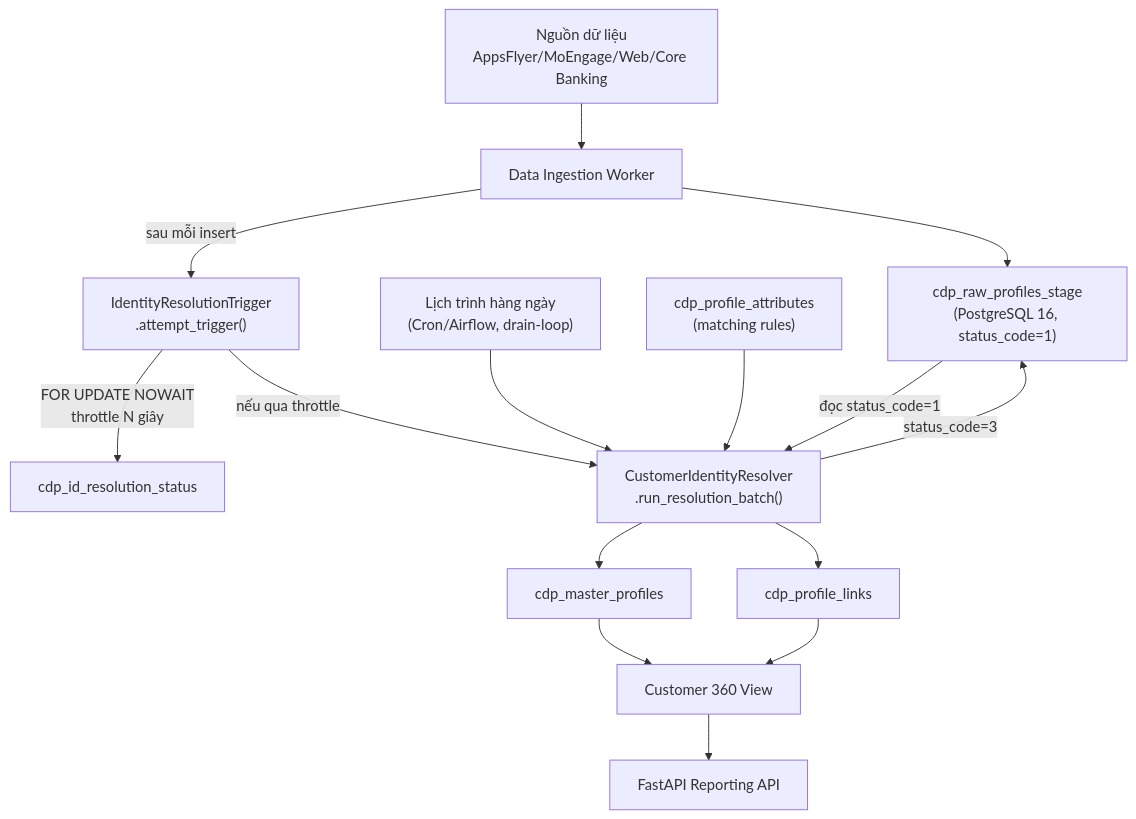
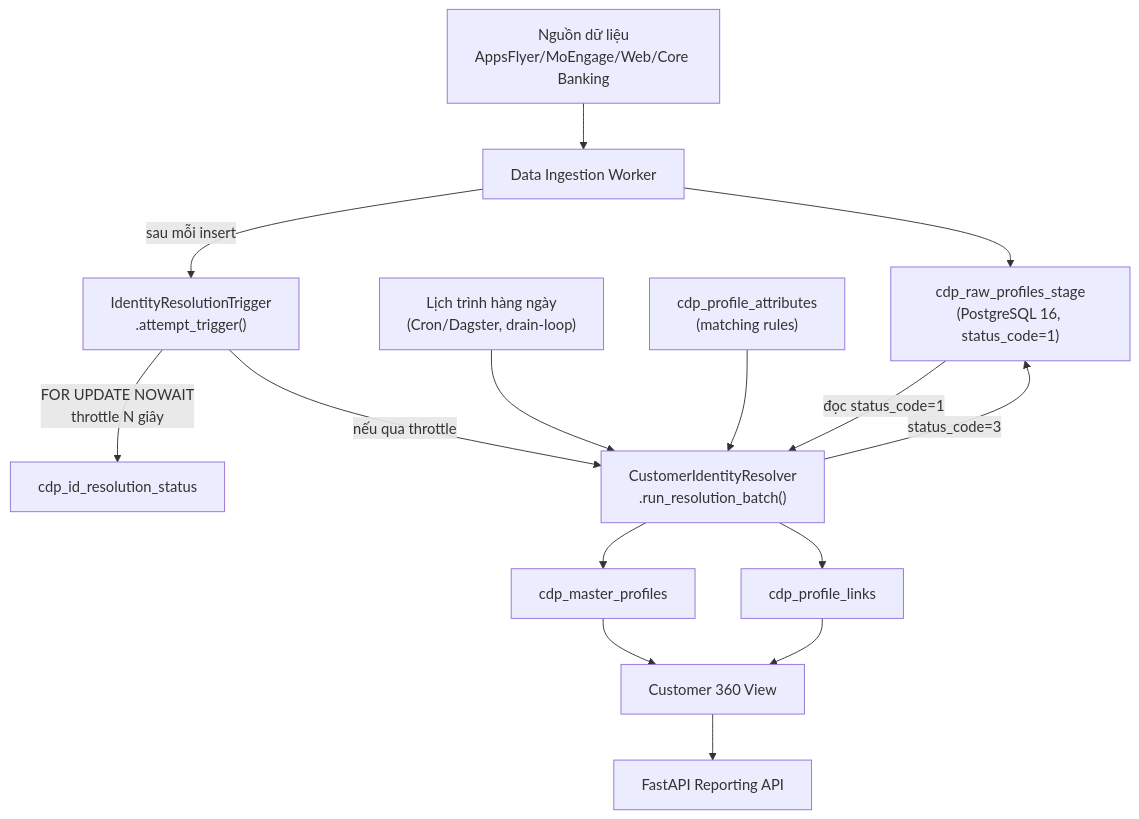
One commit to LEO-CDP/leo-customer360 changed the second of 2 diagrams in docs/CIR-Tech-Slides-VN.md. Above: the diagram before and after it, drawn with Mermaid. The commit also changed 5 other files, not shown here.

````diff
--- a/docs/CIR-Tech-Slides-VN.md
+++ b/docs/CIR-Tech-Slides-VN.md
@@ -136,21 +136,21 @@
 ```mermaid
 graph TD
     A["Nguồn dữ liệu<br/>AppsFlyer/MoEngage/Web/Core Banking"] --> B["Data Ingestion Worker"]
     B --> C["cdp_raw_profiles_stage<br/>(PostgreSQL 16, status_code=1)"]
 
     B -- "sau mỗi insert" --> T["IdentityResolutionTrigger<br/>.attempt_trigger()"]
     T -- "FOR UPDATE NOWAIT<br/>throttle N giây" --> ST["cdp_id_resolution_status"]
     T -- "nếu qua throttle" --> R["CustomerIdentityResolver<br/>.run_resolution_batch()"]
 
-    S["Lịch trình hàng ngày<br/>(Cron/Airflow, drain-loop)"] --> R
+    S["Lịch trình hàng ngày<br/>(Cron/Dagster, drain-loop)"] --> R
 
     M["cdp_profile_attributes<br/>(matching rules)"] --> R
     C -- "đọc status_code=1" --> R
     R --> E["cdp_master_profiles"]
     R --> F["cdp_profile_links"]
     R -- "status_code=3" --> C
 
     E --> G["Customer 360 View"]
     F --> G
     G --> H["FastAPI Reporting API"]
 ```
````
